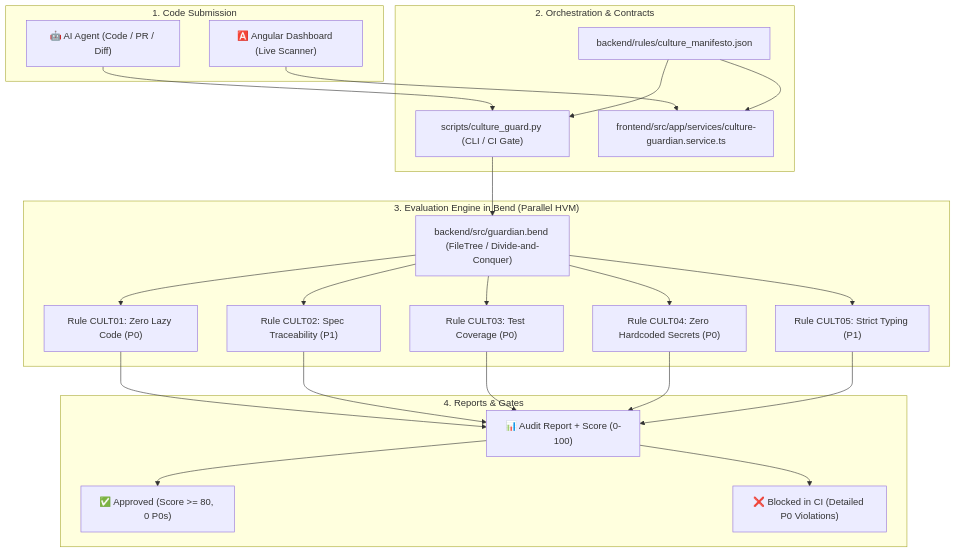
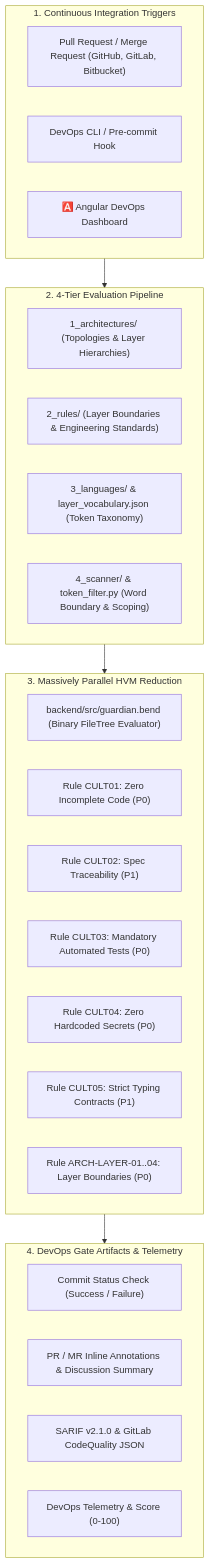
One commit to GiovaniRodrigo/bend-devops changed the diagram in README.md. Above: the diagram before and after it, drawn with Mermaid. The commit also changed other lines of this file and 44 other files, not shown here.

Commit message:
docs(devops): rebrand repository to bend-devops and update all documentation to DevOps philosophy

````diff
--- a/README.md
+++ b/README.md
@@ -23,36 +23,36 @@
 ```mermaid
 flowchart TD
-    subgraph Input ["1. Code Submission"]
-        Agent["🤖 AI Agent (Code / PR / Diff)"]
-        WebUI["🅰️ Angular Dashboard (Live Scanner)"]
+    subgraph Ingress ["1. Continuous Integration Triggers"]
+        PR["Pull Request / Merge Request (GitHub, GitLab, Bitbucket)"]
+        CLI_Runner["DevOps CLI / Pre-commit Hook"]
+        WebUI["🅰️ Angular DevOps Dashboard"]
     end
 
-    subgraph Orchestration ["2. Orchestration & Contracts"]
-        CLI["scripts/culture_guard.py (CLI / CI Gate)"]
-        Service["frontend/src/app/services/culture-guardian.service.ts"]
-        Manifesto["backend/rules/culture_manifesto.json"]
+    subgraph Pipeline ["2. 4-Tier Evaluation Pipeline"]
+        S1["1_architectures/ (Topologies & Layer Hierarchies)"]
+        S2["2_rules/ (Layer Boundaries & Engineering Standards)"]
+        S3["3_languages/ & layer_vocabulary.json (Token Taxonomy)"]
+        S4["4_scanner/ & token_filter.py (Word Boundary & Scoping)"]
     end
 
-    subgraph Engine ["3. Evaluation Engine in Bend (Parallel HVM)"]
-        Tree["backend/src/guardian.bend (FileTree / Divide-and-Conquer)"]
-        R1["Rule CULT01: Zero Lazy Code (P0)"]
+    subgraph Engine ["3. Massively Parallel HVM Reduction"]
+        Tree["backend/src/guardian.bend (Binary FileTree Evaluator)"]
+        R1["Rule CULT01: Zero Incomplete Code (P0)"]
         R2["Rule CULT02: Spec Traceability (P1)"]
-        R3["Rule CULT03: Test Coverage (P0)"]
+        R3["Rule CULT03: Mandatory Automated Tests (P0)"]
         R4["Rule CULT04: Zero Hardcoded Secrets (P0)"]
-        R5["Rule CULT05: Strict Typing (P1)"]
+        R5["Rule CULT05: Strict Typing Contracts (P1)"]
+        R6["Rule ARCH-LAYER-01..04: Layer Boundaries (P0)"]
     end
 
-    subgraph Output ["4. Reports & Gates"]
-        Report["📊 Audit Report + Score (0-100)"]
-        GatePass["✅ Approved (Score >= 80, 0 P0s)"]
-        GateFail["❌ Blocked in CI (Detailed P0 Violations)"]
+    subgraph Egress ["4. DevOps Gate Artifacts & Telemetry"]
+        StatusCheck["Commit Status Check (Success / Failure)"]
+        PRNotes["PR / MR Inline Annotations & Discussion Summary"]
+        SARIF["SARIF v2.1.0 & GitLab CodeQuality JSON"]
+        DashboardTelemetry["DevOps Telemetry & Score (0-100)"]
     end
 
-    Agent --> CLI
-    WebUI --> Service
-    Manifesto --> CLI & Service
-    CLI --> Tree
-    Tree --> R1 & R2 & R3 & R4 & R5
-    R1 & R2 & R3 & R4 & R5 --> Report
-    Report --> GatePass & GateFail
+    Ingress --> Pipeline
+    Pipeline --> Engine
+    Engine --> Egress
 ```
````
